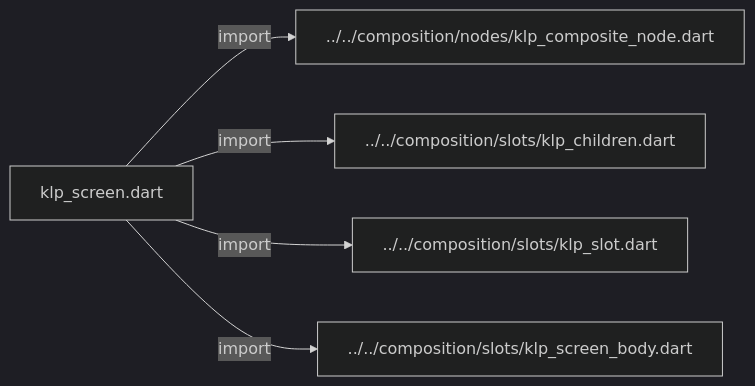
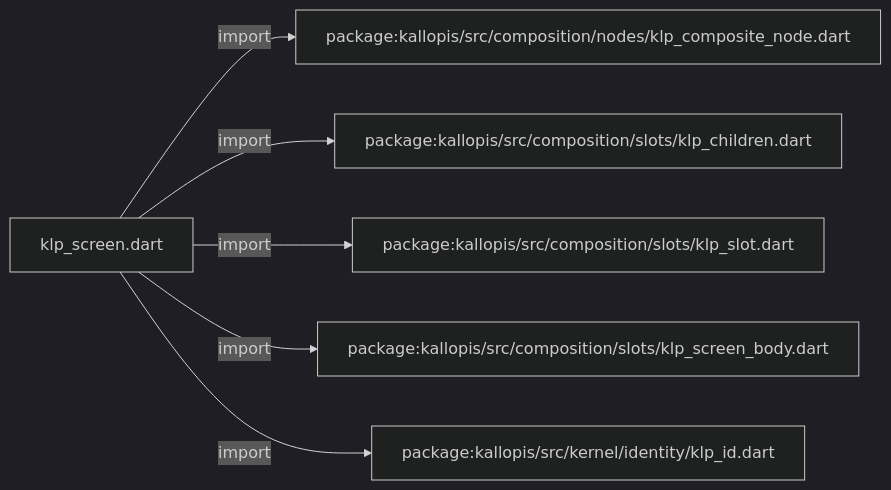
The first of 3 diagrams in docs/architecture/src/application/structure/klp_screen.md (MiuDog/Kallopis), drawn with Mermaid (dark theme) before and after one commit. The commit also changed other lines of this file and 9688 other files, not shown here.

Commit message:
Prepare isolated Flow F2 peer baseline

````diff
--- a/docs/architecture/src/application/structure/klp_screen.md
+++ b/docs/architecture/src/application/structure/klp_screen.md
@@ -11,12 +11,14 @@
 ```mermaid
 flowchart LR
 	n0["klp_screen.dart"]
-	n1["../../composition/nodes/klp_composite_node.dart"]
-	n2["../../composition/slots/klp_children.dart"]
-	n3["../../composition/slots/klp_slot.dart"]
-	n4["../../composition/slots/klp_screen_body.dart"]
+	n1["package:kallopis/src/composition/nodes/klp_composite_node.dart"]
+	n2["package:kallopis/src/composition/slots/klp_children.dart"]
+	n3["package:kallopis/src/composition/slots/klp_slot.dart"]
+	n4["package:kallopis/src/composition/slots/klp_screen_body.dart"]
+	n5["package:kallopis/src/kernel/identity/klp_id.dart"]
 	n0 -->|"import"| n1
 	n0 -->|"import"| n2
 	n0 -->|"import"| n3
 	n0 -->|"import"| n4
+	n0 -->|"import"| n5
 ```
````
